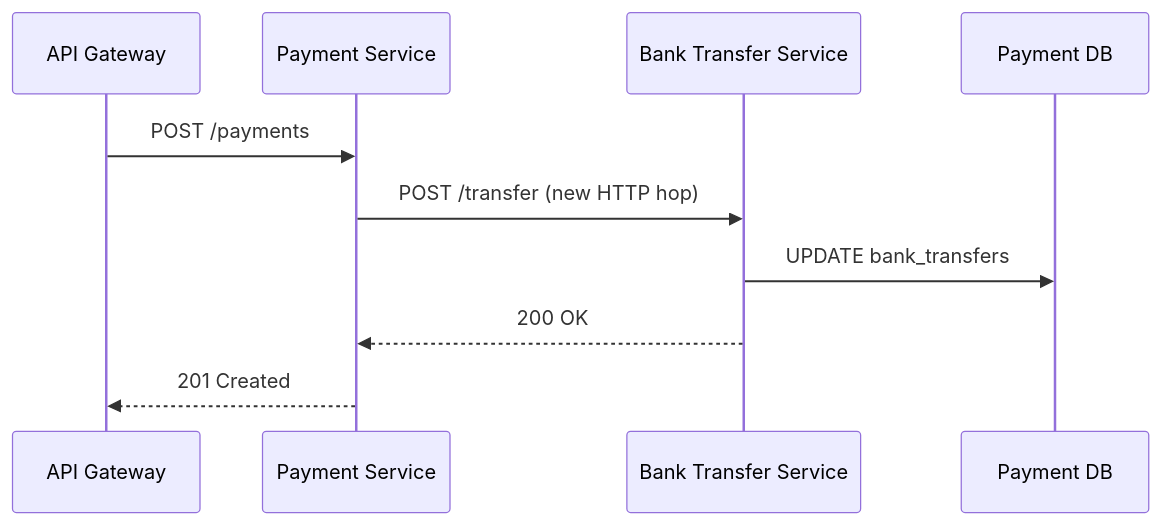
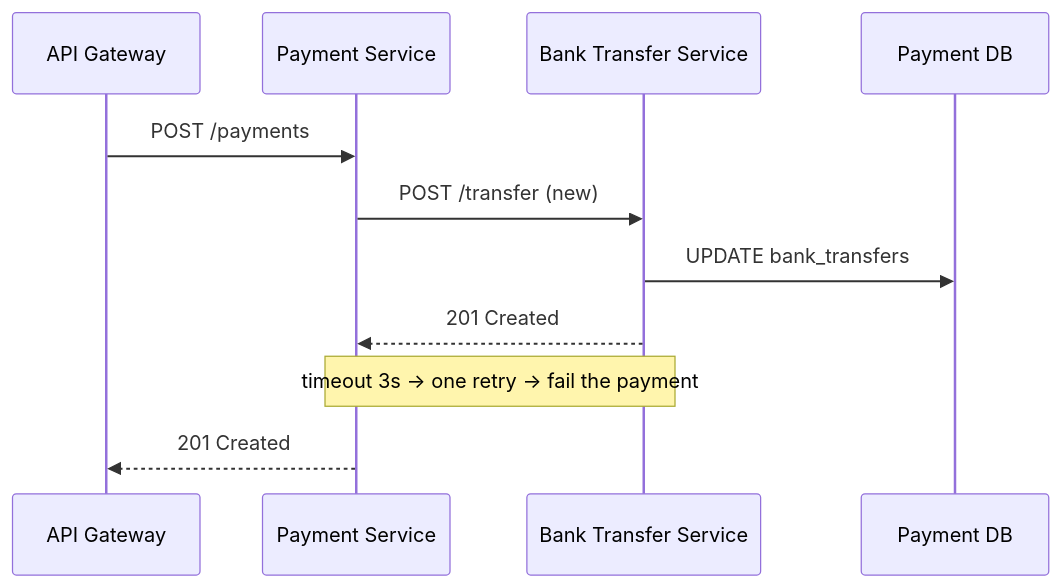
Before and after one commit to sjmyuan/gg-daily-workbench: the second of 4 diagrams in skills/draft-adr/examples/option-tech-details-example.md, drawn with Mermaid. The commit also changed other lines of this file and 12 other files, not shown here.

````diff
--- a/skills/draft-adr/examples/option-tech-details-example.md
+++ b/skills/draft-adr/examples/option-tech-details-example.md
@@ -55,13 +58,13 @@
 ```mermaid
 sequenceDiagram
-  %% Level: container — cross-system flow
   participant API as API Gateway
   participant PS as Payment Service
   participant BTS as Bank Transfer Service
   participant DB as Payment DB
   API->>PS: POST /payments
-  PS->>BTS: POST /transfer (new HTTP hop)
+  PS->>BTS: POST /transfer (new)
   BTS->>DB: UPDATE bank_transfers
-  BTS-->>PS: 200 OK
+  BTS-->>PS: 201 Created
+  Note over PS,BTS: timeout 3s → one retry → fail the payment
   PS-->>API: 201 Created
 ```
````
